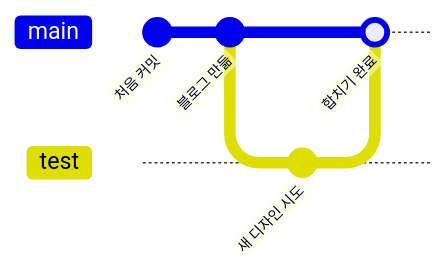
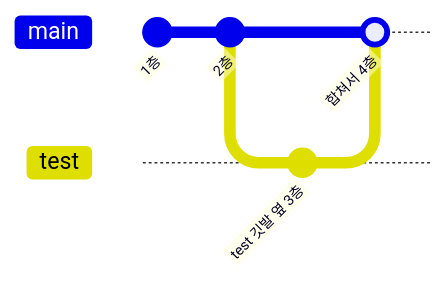
One commit to skinopero/my-blog changed the fourth of 6 diagrams in _posts/2026-08-31-개념 총설명.md. Above: the diagram before and after it, drawn with Mermaid. The commit also changed other lines of this file and 2 other files, not shown here.

````diff
--- a/_posts/2026-08-31-개념 총설명.md
+++ b/_posts/2026-08-31-개념 총설명.md
@@ -121,10 +121,10 @@
 ```mermaid
 gitGraph
-    commit id: "처음 커밋"
-    commit id: "블로그 만듦"
+    commit id: "1층"
+    commit id: "2층"
     branch test
     checkout test
-    commit id: "새 디자인 시도"
+    commit id: "test 깃발 옆 3층"
     checkout main
-    merge test id: "합치기 완료"
+    merge test id: "합쳐서 4층"
 ```
````
